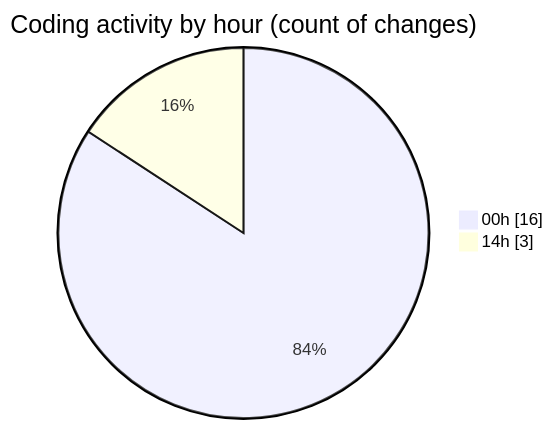
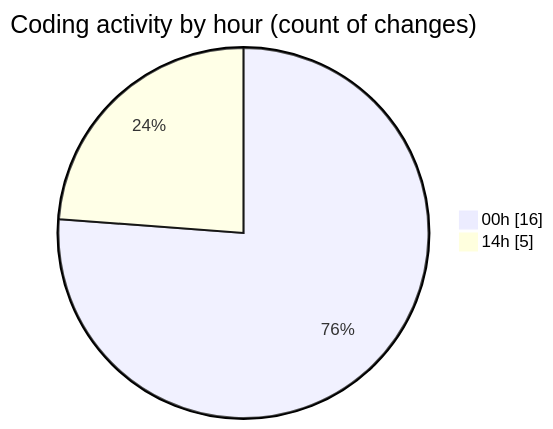
The second of 2 diagrams in 2025-08-01/tw-server/README.md (EIIisD/code-tracking), drawn with Mermaid before and after one commit. The commit also changed other lines of this file and 1 other file, not shown here.

````diff
--- a/2025-08-01/tw-server/README.md
+++ b/2025-08-01/tw-server/README.md
@@ -30,6 +30,6 @@
 ```mermaid
 pie showData
 title Coding activity by hour (count of changes)
 "00h" : 16
-"14h" : 3
+"14h" : 5
 ```
````
